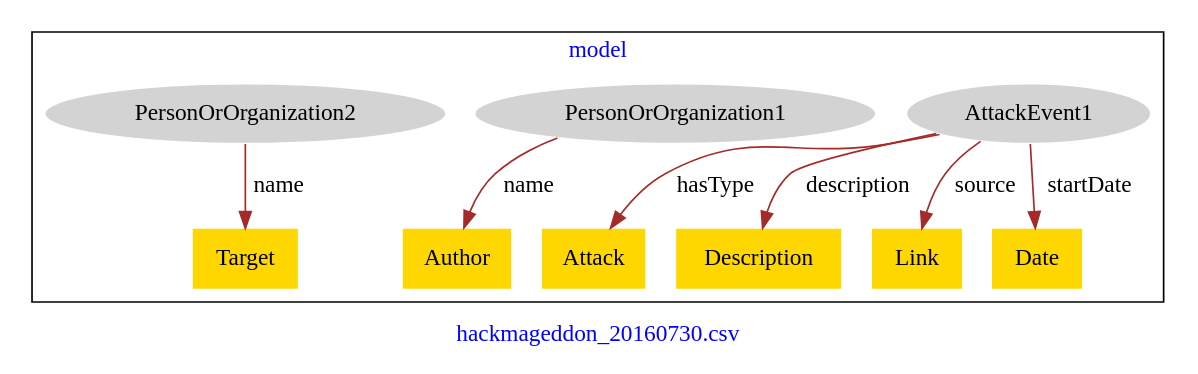
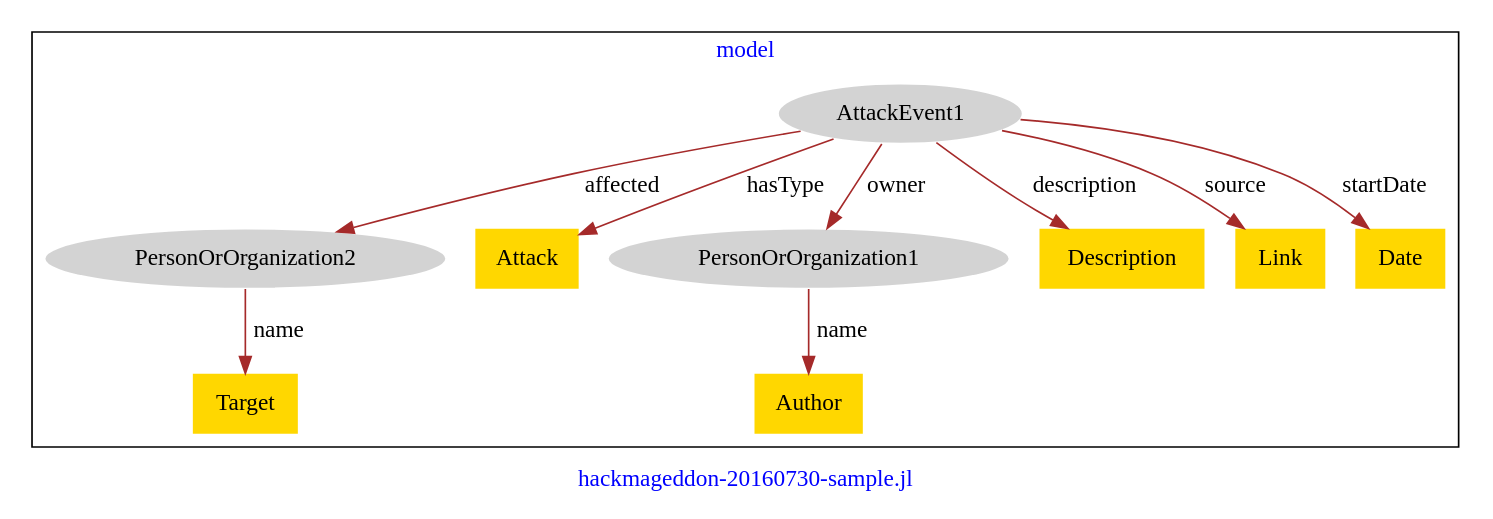
Before and after one commit to usc-isi-i2/effect-alignment: the diagram in models/hackmageddon/hackmageddon-20160730-model.dot, drawn with Graphviz. The commit also changed 4 other files, not shown here.

```diff
--- a/models/hackmageddon/hackmageddon-20160730-model.dot
+++ b/models/hackmageddon/hackmageddon-20160730-model.dot
@@ -1,23 +1,25 @@
 digraph n0 {
 fontcolor="blue"
 remincross="true"
-label="hackmageddon_20160730.csv"
+label="hackmageddon-20160730-sample.jl"
 subgraph cluster {
 label="model"
 n2[style="filled",color="white",fillcolor="lightgray",label="AttackEvent1"];
-n3[shape="plaintext",style="filled",fillcolor="gold",label="Attack"];
-n4[shape="plaintext",style="filled",fillcolor="gold",label="Description"];
-n5[shape="plaintext",style="filled",fillcolor="gold",label="Link"];
-n6[shape="plaintext",style="filled",fillcolor="gold",label="Date"];
-n7[style="filled",color="white",fillcolor="lightgray",label="PersonOrOrganization1"];
-n8[shape="plaintext",style="filled",fillcolor="gold",label="Author"];
-n9[style="filled",color="white",fillcolor="lightgray",label="PersonOrOrganization2"];
+n3[style="filled",color="white",fillcolor="lightgray",label="PersonOrOrganization2"];
+n4[shape="plaintext",style="filled",fillcolor="gold",label="Attack"];
+n5[style="filled",color="white",fillcolor="lightgray",label="PersonOrOrganization1"];
+n6[shape="plaintext",style="filled",fillcolor="gold",label="Description"];
+n7[shape="plaintext",style="filled",fillcolor="gold",label="Link"];
+n8[shape="plaintext",style="filled",fillcolor="gold",label="Date"];
+n9[shape="plaintext",style="filled",fillcolor="gold",label="Author"];
 n10[shape="plaintext",style="filled",fillcolor="gold",label="Target"];
 }
-n2 -> n3[color="brown",fontcolor="black",label="hasType"]
-n2 -> n4[color="brown",fontcolor="black",label="description"]
-n2 -> n5[color="brown",fontcolor="black",label="source"]
-n2 -> n6[color="brown",fontcolor="black",label="startDate"]
-n7 -> n8[color="brown",fontcolor="black",label="name"]
-n9 -> n10[color="brown",fontcolor="black",label="name"]
+n2 -> n3[color="brown",fontcolor="black",label="affected"]
+n2 -> n4[color="brown",fontcolor="black",label="hasType"]
+n2 -> n5[color="brown",fontcolor="black",label="owner"]
+n2 -> n6[color="brown",fontcolor="black",label="description"]
+n2 -> n7[color="brown",fontcolor="black",label="source"]
+n2 -> n8[color="brown",fontcolor="black",label="startDate"]
+n5 -> n9[color="brown",fontcolor="black",label="name"]
+n3 -> n10[color="brown",fontcolor="black",label="name"]
 }
```
